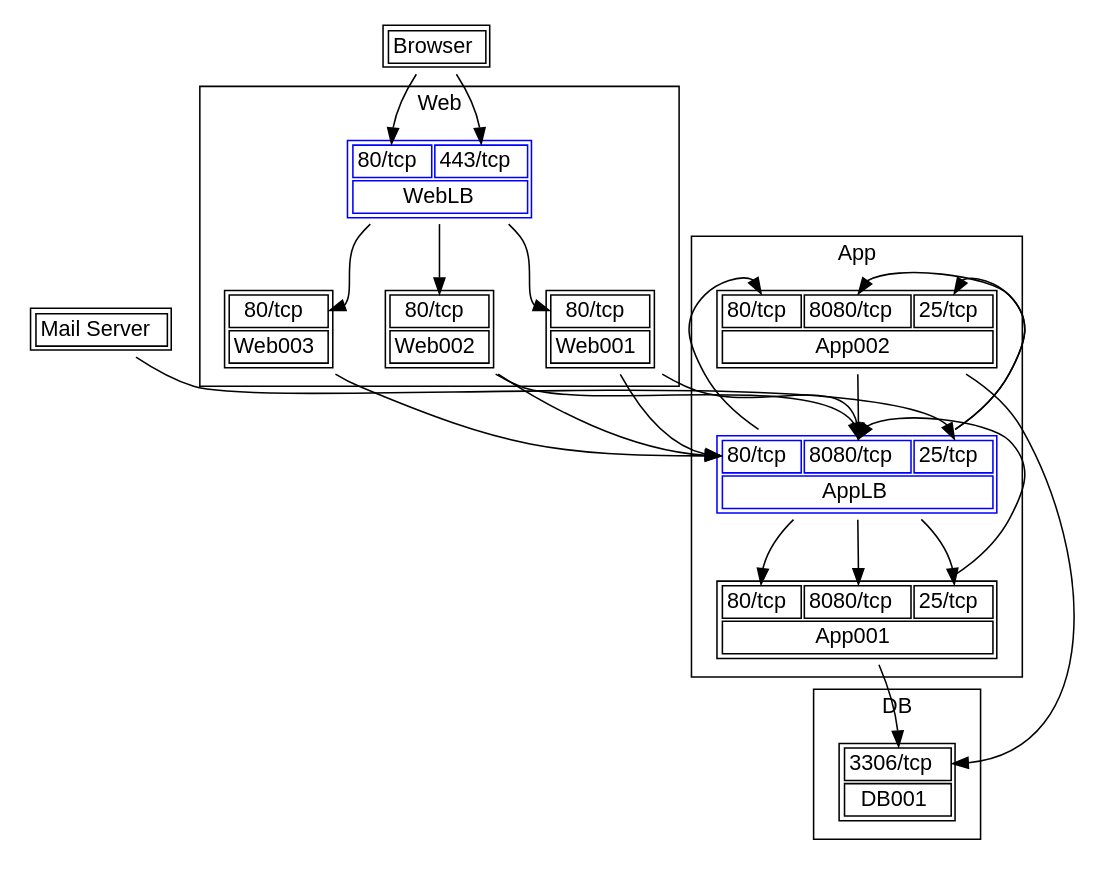
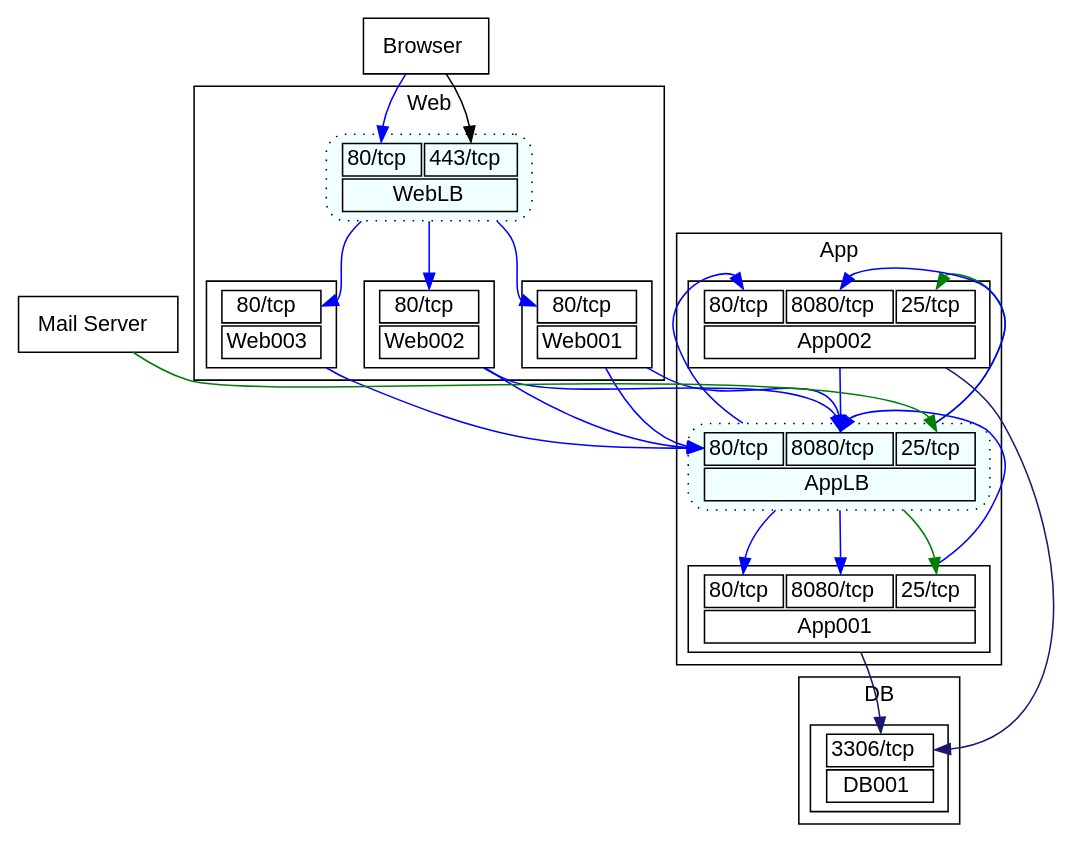
The diagram in examples/simple.dot (otahi/network_drawer), drawn with Graphviz before and after one commit. The commit also changed 3 other files, not shown here.

```diff
--- a/examples/simple.dot
+++ b/examples/simple.dot
@@ -1,75 +1,75 @@
 digraph simple {
   subgraph cluster1 {
     label="Web";
     fontname="Helvetica";
-    3[fontname="Helvetica",label=<<table><tr><td port="p80tcp">80/tcp</td></tr><tr><td colspan="1">Web003</td></tr></table>>,shape="plaintext"];
+    3[fontname="Helvetica",shape="box",label=<<table border='0'><tr border='1'><td border='1' port="p80tcp">80/tcp</td></tr><tr border='1'><td border='1' colspan="1">Web003</td></tr></table>>];
   }
   subgraph cluster1 {
     label="Web";
     fontname="Helvetica";
-    4[fontname="Helvetica",label=<<table><tr><td port="p80tcp">80/tcp</td></tr><tr><td colspan="1">Web002</td></tr></table>>,shape="plaintext"];
+    4[fontname="Helvetica",shape="box",label=<<table border='0'><tr border='1'><td border='1' port="p80tcp">80/tcp</td></tr><tr border='1'><td border='1' colspan="1">Web002</td></tr></table>>];
   }
   subgraph cluster1 {
     label="Web";
     fontname="Helvetica";
-    5[fontname="Helvetica",label=<<table><tr><td port="p80tcp">80/tcp</td></tr><tr><td colspan="1">Web001</td></tr></table>>,shape="plaintext"];
+    5[fontname="Helvetica",shape="box",label=<<table border='0'><tr border='1'><td border='1' port="p80tcp">80/tcp</td></tr><tr border='1'><td border='1' colspan="1">Web001</td></tr></table>>];
   }
   subgraph cluster1 {
     label="Web";
     fontname="Helvetica";
-    6[fontname="Helvetica",label=<<table><tr><td port="p80tcp">80/tcp</td><td port="p443tcp">443/tcp</td></tr><tr><td colspan="2">WebLB</td></tr></table>>,shape="plaintext",color="blue"];
+    6[fontname="Helvetica",shape="box",label=<<table border='0'><tr border='1'><td border='1' port="p80tcp">80/tcp</td><td border='1' port="p443tcp">443/tcp</td></tr><tr border='1'><td border='1' colspan="2">WebLB</td></tr></table>>,style="rounded,filled,dotted",fillcolor="azure"];
   }
   subgraph cluster3 {
     label="App";
     fontname="Helvetica";
-    7[fontname="Helvetica",label=<<table><tr><td port="p80tcp">80/tcp</td><td port="p8080tcp">8080/tcp</td><td port="p25tcp">25/tcp</td></tr><tr><td colspan="3">App002</td></tr></table>>,shape="plaintext"];
+    7[fontname="Helvetica",shape="box",label=<<table border='0'><tr border='1'><td border='1' port="p80tcp">80/tcp</td><td border='1' port="p8080tcp">8080/tcp</td><td border='1' port="p25tcp">25/tcp</td></tr><tr border='1'><td border='1' colspan="3">App002</td></tr></table>>];
   }
   subgraph cluster3 {
     label="App";
     fontname="Helvetica";
-    8[fontname="Helvetica",label=<<table><tr><td port="p80tcp">80/tcp</td><td port="p8080tcp">8080/tcp</td><td port="p25tcp">25/tcp</td></tr><tr><td colspan="3">App001</td></tr></table>>,shape="plaintext"];
+    8[fontname="Helvetica",shape="box",label=<<table border='0'><tr border='1'><td border='1' port="p80tcp">80/tcp</td><td border='1' port="p8080tcp">8080/tcp</td><td border='1' port="p25tcp">25/tcp</td></tr><tr border='1'><td border='1' colspan="3">App001</td></tr></table>>];
   }
   subgraph cluster3 {
     label="App";
     fontname="Helvetica";
-    9[fontname="Helvetica",label=<<table><tr><td port="p80tcp">80/tcp</td><td port="p8080tcp">8080/tcp</td><td port="p25tcp">25/tcp</td></tr><tr><td colspan="3">AppLB</td></tr></table>>,shape="plaintext",color="blue"];
+    9[fontname="Helvetica",shape="box",label=<<table border='0'><tr border='1'><td border='1' port="p80tcp">80/tcp</td><td border='1' port="p8080tcp">8080/tcp</td><td border='1' port="p25tcp">25/tcp</td></tr><tr border='1'><td border='1' colspan="3">AppLB</td></tr></table>>,style="rounded,filled,dotted",fillcolor="azure"];
   }
   subgraph cluster4 {
     label="DB";
     fontname="Helvetica";
-    10[fontname="Helvetica",label=<<table><tr><td port="p3306tcp">3306/tcp</td></tr><tr><td colspan="1">DB001</td></tr></table>>,shape="plaintext"];
+    10[fontname="Helvetica",shape="box",label=<<table border='0'><tr border='1'><td border='1' port="p3306tcp">3306/tcp</td></tr><tr border='1'><td border='1' colspan="1">DB001</td></tr></table>>];
   }
   rankdir="TB";
   fontname="Helvetica";
-  1[fontname="Helvetica",label=<<table><tr><td>Mail Server</td></tr></table>>,shape="plaintext"];
-  2[fontname="Helvetica",label=<<table><tr><td>Browser</td></tr></table>>,shape="plaintext"];
+  1[fontname="Helvetica",shape="box",label=<<table border='0'><tr border='1'><td>Mail Server</td></tr></table>>];
+  2[fontname="Helvetica",shape="box",label=<<table border='0'><tr border='1'><td>Browser</td></tr></table>>];
   6;
   9;
   5;
   4;
   3;
   8;
   7;
   10;
-  2 -> 6:p80tcp;
+  2 -> 6:p80tcp[color="blue"];
   2 -> 6:p443tcp;
-  1 -> 9:p25tcp;
-  6 -> 5:p80tcp;
-  6 -> 4:p80tcp;
-  6 -> 3:p80tcp;
-  5 -> 9:p80tcp;
-  4 -> 9:p80tcp;
-  5 -> 9:p8080tcp;
-  4 -> 9:p8080tcp;
-  3 -> 9:p80tcp;
-  8 -> 9:p8080tcp;
-  7 -> 9:p8080tcp;
-  9 -> 8:p25tcp;
-  9 -> 8:p80tcp;
-  9 -> 8:p8080tcp;
-  9 -> 7:p25tcp;
-  9 -> 7:p80tcp;
-  9 -> 7:p8080tcp;
-  8 -> 10:p3306tcp;
-  7 -> 10:p3306tcp;
+  1 -> 9:p25tcp[color="green"];
+  6 -> 5:p80tcp[color="blue"];
+  6 -> 4:p80tcp[color="blue"];
+  6 -> 3:p80tcp[color="blue"];
+  5 -> 9:p80tcp[color="blue"];
+  4 -> 9:p80tcp[color="blue"];
+  5 -> 9:p8080tcp[color="blue"];
+  4 -> 9:p8080tcp[color="blue"];
+  3 -> 9:p80tcp[color="blue"];
+  8 -> 9:p8080tcp[color="blue"];
+  7 -> 9:p8080tcp[color="blue"];
+  9 -> 8:p25tcp[color="green"];
+  9 -> 8:p80tcp[color="blue"];
+  9 -> 8:p8080tcp[color="blue"];
+  9 -> 7:p25tcp[color="green"];
+  9 -> 7:p80tcp[color="blue"];
+  9 -> 7:p8080tcp[color="blue"];
+  8 -> 10:p3306tcp[color="midnightblue"];
+  7 -> 10:p3306tcp[color="midnightblue"];
 }
```
